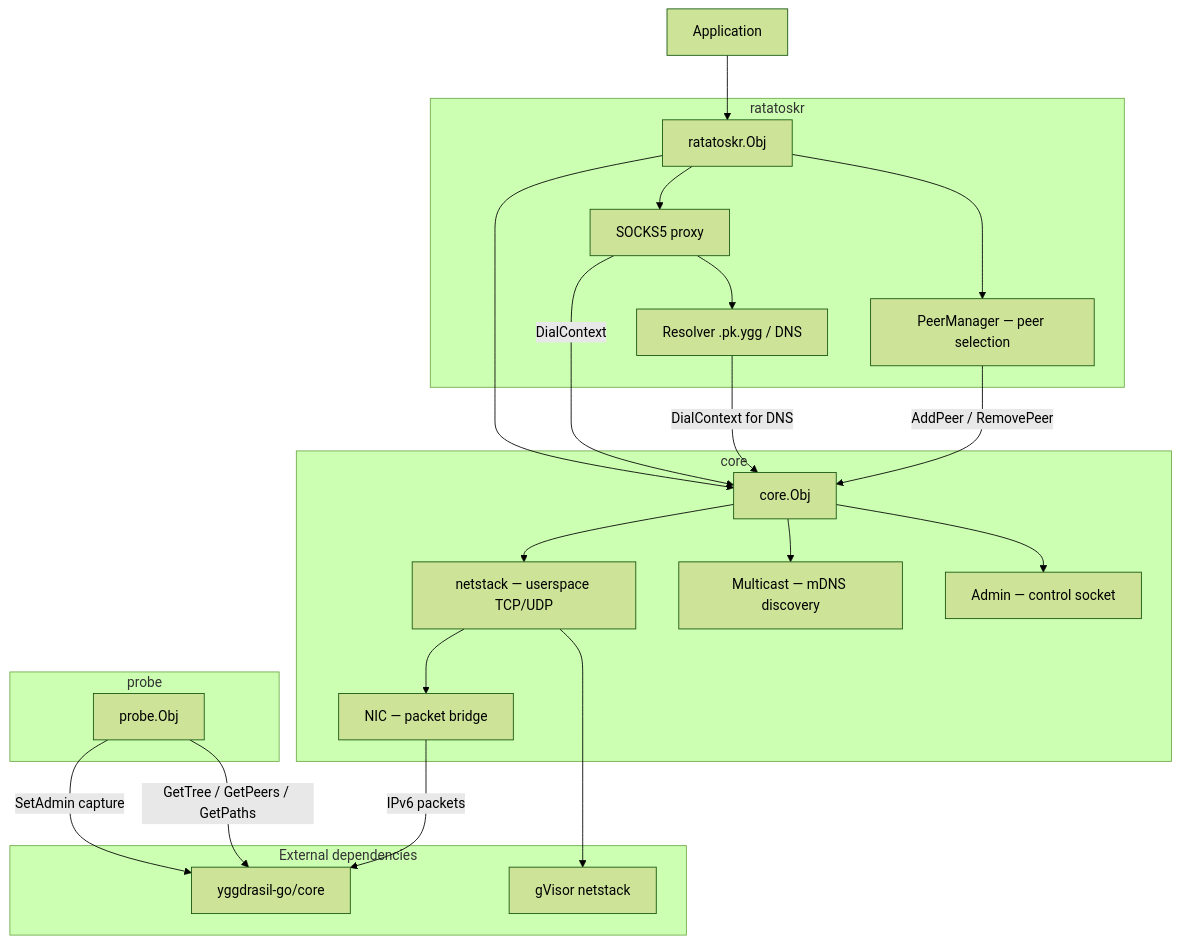
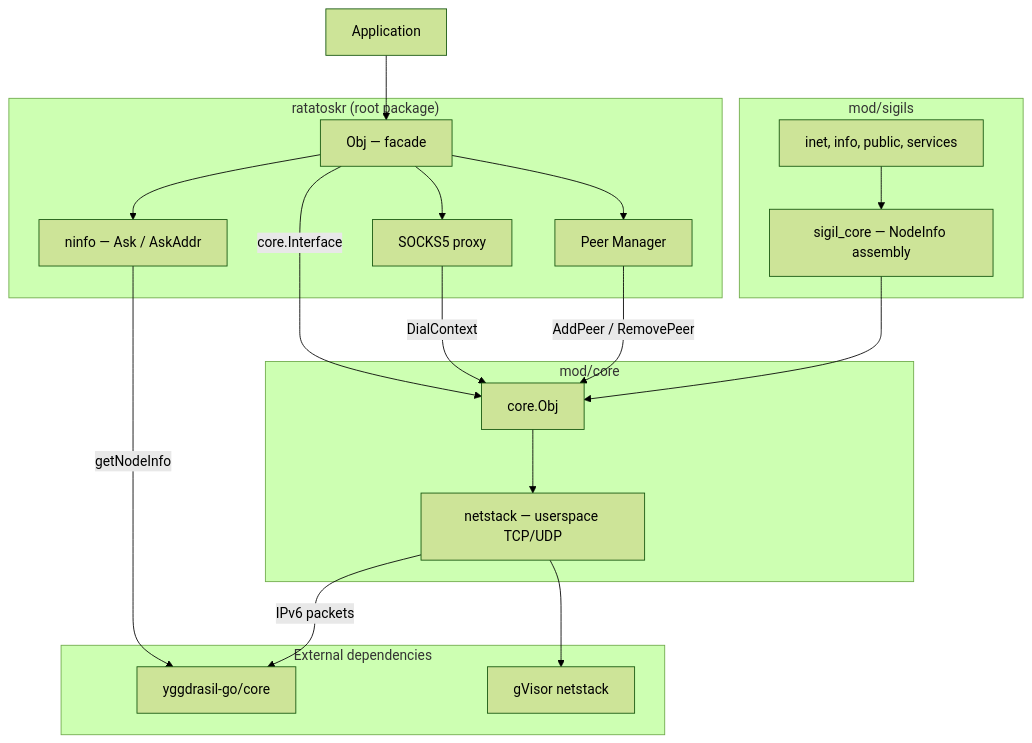
One commit to voluminor/ratatoskr changed the first of 6 diagrams in README.md. Above: the diagram before and after it, drawn with Mermaid (forest theme). The commit also changed other lines of this file and 1 other file, not shown here.

Commit message:
add/new-mod [v0.1.3]  корневая реадмишка

````diff
--- a/README.md
+++ b/README.md
@@ -157,47 +125,40 @@
 ```mermaid
-graph TB
+flowchart TB
     App[Application]
 
-subgraph ratatoskr
-Obj[ratatoskr.Obj]
-SOCKS[SOCKS5 proxy]
-Resolver[Resolver .pk.ygg / DNS]
-PeerMgr[PeerManager — peer selection]
-    end
+  subgraph ratatoskr["ratatoskr (root package)"]
+    Obj["Obj — facade"]
+    SOCKS["SOCKS5 proxy"]
+    PeerMgr["Peer Manager"]
+    NInfo["ninfo — Ask / AskAddr"]
+  end
 
-subgraph probe
-TR[probe.Obj]
-end
+  subgraph core["mod/core"]
+    CoreObj["core.Obj"]
+    Netstack["netstack — userspace TCP/UDP"]
+  end
 
-subgraph core
-CoreObj[core.Obj]
-Netstack[netstack — userspace TCP/UDP]
-NIC[NIC — packet bridge]
-Multicast[Multicast — mDNS discovery]
-Admin[Admin — control socket]
-end
+  subgraph sigils["mod/sigils"]
+    SigilCore["sigil_core — NodeInfo assembly"]
+    Sigils["inet, info, public, services"]
+  end
 
-subgraph external [External dependencies]
-YggCore[yggdrasil-go/core]
-gVisor[gVisor netstack]
-end
+  subgraph external["External dependencies"]
+    YggCore["yggdrasil-go/core"]
+    gVisor["gVisor netstack"]
+  end
 
-App --> Obj
-Obj --> CoreObj
-Obj --> SOCKS
-Obj --> PeerMgr
-SOCKS --> Resolver
-SOCKS -->|DialContext|CoreObj
-Resolver -->|DialContext for DNS|CoreObj
-PeerMgr -->|AddPeer / RemovePeer|CoreObj
-
-TR -->|SetAdmin capture|YggCore
-TR -->|GetTree / GetPeers / GetPaths|YggCore
-
-CoreObj --> Netstack
-CoreObj --> Multicast
-CoreObj --> Admin
-Netstack --> NIC
-NIC -->|IPv6 packets|YggCore
-Netstack --> gVisor
+  App --> Obj
+  Obj -->|" core.Interface "| CoreObj
+  Obj --> SOCKS
+  Obj --> PeerMgr
+  Obj --> NInfo
+  NInfo -->|" getNodeInfo "| YggCore
+  SOCKS -->|" DialContext "| CoreObj
+  PeerMgr -->|" AddPeer / RemovePeer "| CoreObj
+  SigilCore --> CoreObj
+  Sigils --> SigilCore
+  CoreObj --> Netstack
+  Netstack --> gVisor
+  Netstack -->|" IPv6 packets "| YggCore
 ```
````
